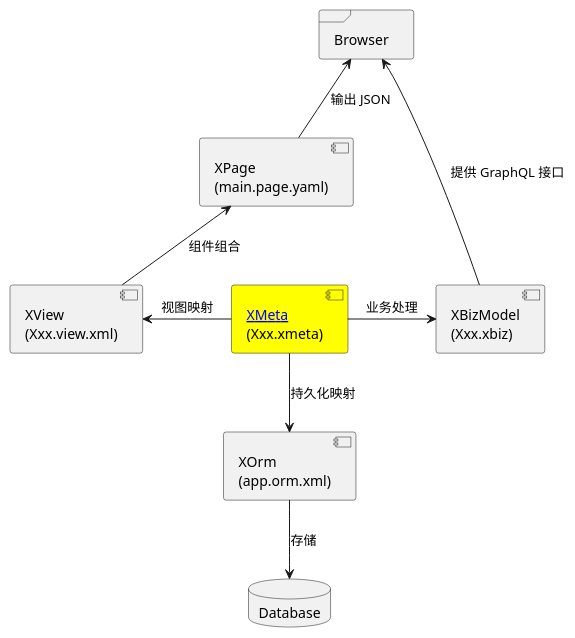
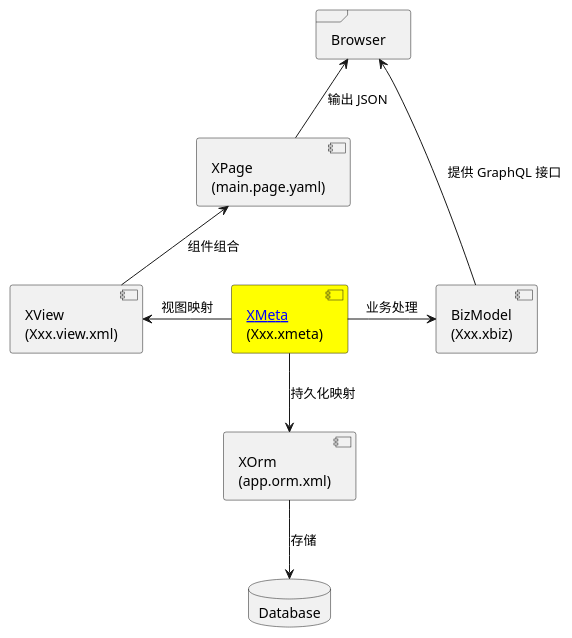
The first of 2 diagrams in docs/200.practice/250.about/100.core.md (crazydan-studio/nop.crazydan.io), drawn with PlantUML before and after one commit. The commit also changed 2 other files, not shown here.

Commit message:
Docs: 更新章节<XMeta 模型>

````diff
--- a/docs/200.practice/250.about/100.core.md
+++ b/docs/200.practice/250.about/100.core.md
@@ -16,21 +16,21 @@
 ```plantuml
 frame "Browser" as browser
 database "Database" as db
 
 component "XPage\n(main.page.yaml)" as page
 component "XView\n(Xxx.view.xml)" as view
 component "[[/manual/xmeta XMeta]]\n(Xxx.xmeta)" as meta #yellow
 component "XOrm\n(app.orm.xml)" as orm
-component "XBizModel\n(Xxx.xbiz)" as biz
+component "BizModel\n(Xxx.xbiz)" as biz
 
 page -up-> browser: 输出 JSON
 biz -up-> browser: 提供 GraphQL 接口
 
 view -up-> page: 组件组合
 
 meta -left-> view: 视图映射
 meta -right-> biz: 业务处理
 meta -down-> orm: 持久化映射
 
 orm -down-> db: 存储
 ```
````
